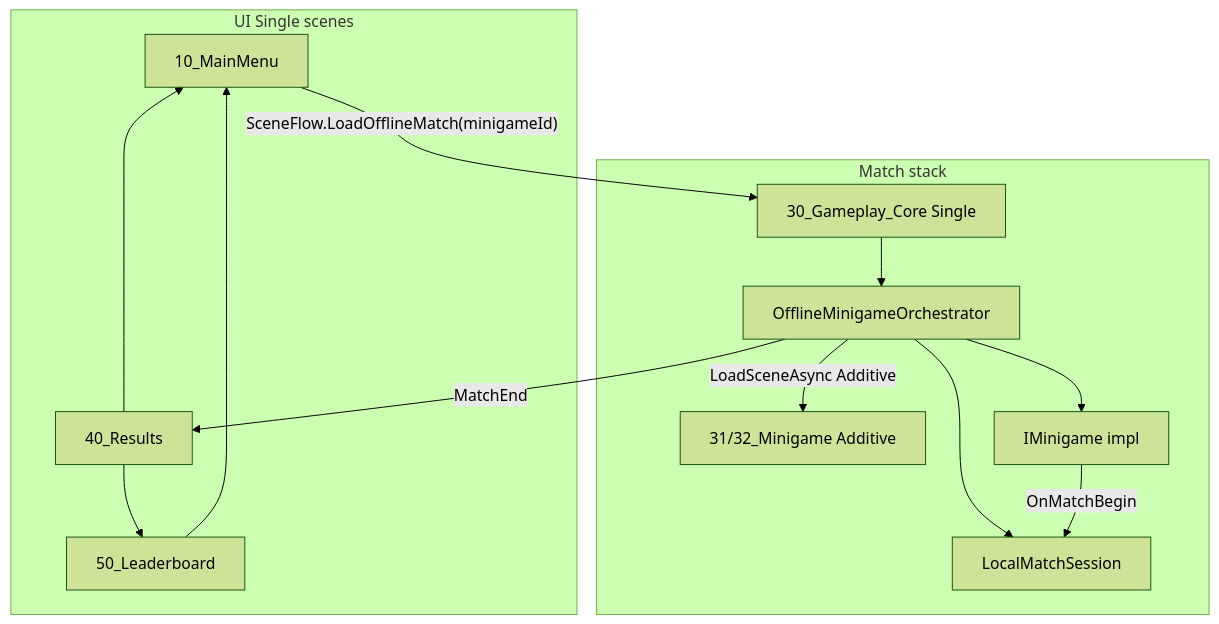
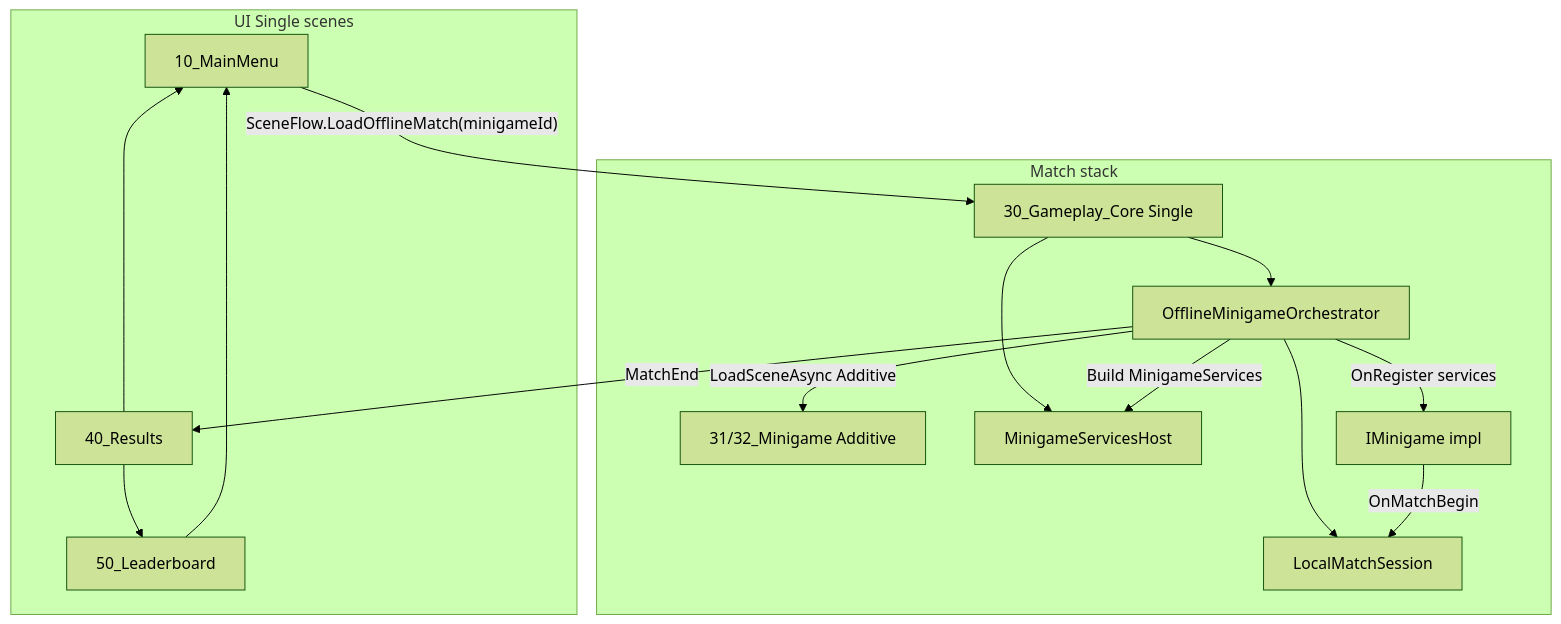
One commit to rsdevigo/onomatopeia-blitz changed the diagram in .cursor/plans/fluxo_cenas_blueprint_b_33886639.plan.md. Above: the diagram before and after it, drawn with Mermaid (forest theme). The commit also changed other lines of this file, not shown here.

Commit message:
Adicionado MInigameServices.

````diff
--- a/.cursor/plans/fluxo_cenas_blueprint_b_33886639.plan.md
+++ b/.cursor/plans/fluxo_cenas_blueprint_b_33886639.plan.md
@@ -56,25 +60,28 @@
 ```mermaid
 flowchart TB
   subgraph ui [UI Single scenes]
     MainMenu[10_MainMenu]
     Results[40_Results]
     Leaderboard[50_Leaderboard]
   end
   subgraph match [Match stack]
     Core[30_Gameplay_Core Single]
     Additive[31/32_Minigame Additive]
     Orchestrator[OfflineMinigameOrchestrator]
+    ServicesHost[MinigameServicesHost]
     Session[LocalMatchSession]
     Minigame[IMinigame impl]
   end
   MainMenu -->|"SceneFlow.LoadOfflineMatch(minigameId)"| Core
   Core --> Orchestrator
+  Core --> ServicesHost
+  Orchestrator -->|"Build MinigameServices"| ServicesHost
   Orchestrator -->|"LoadSceneAsync Additive"| Additive
-  Orchestrator --> Minigame
+  Orchestrator -->|"OnRegister services"| Minigame
   Orchestrator --> Session
   Minigame -->|"OnMatchBegin"| Session
   Orchestrator -->|"MatchEnd"| Results
   Results --> Leaderboard
   Results --> MainMenu
   Leaderboard --> MainMenu
 ```
````
